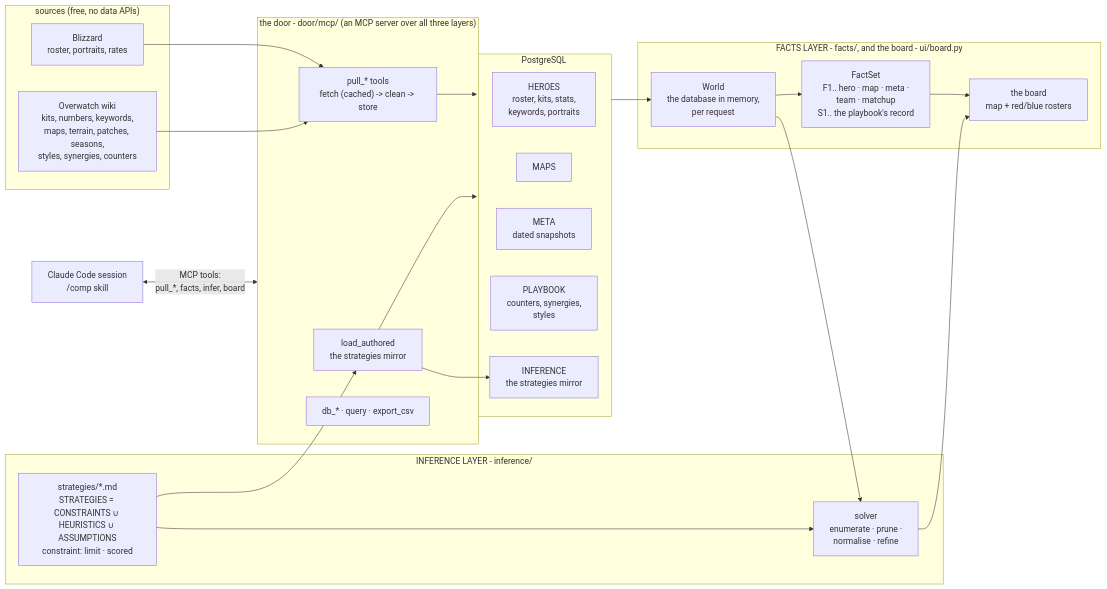
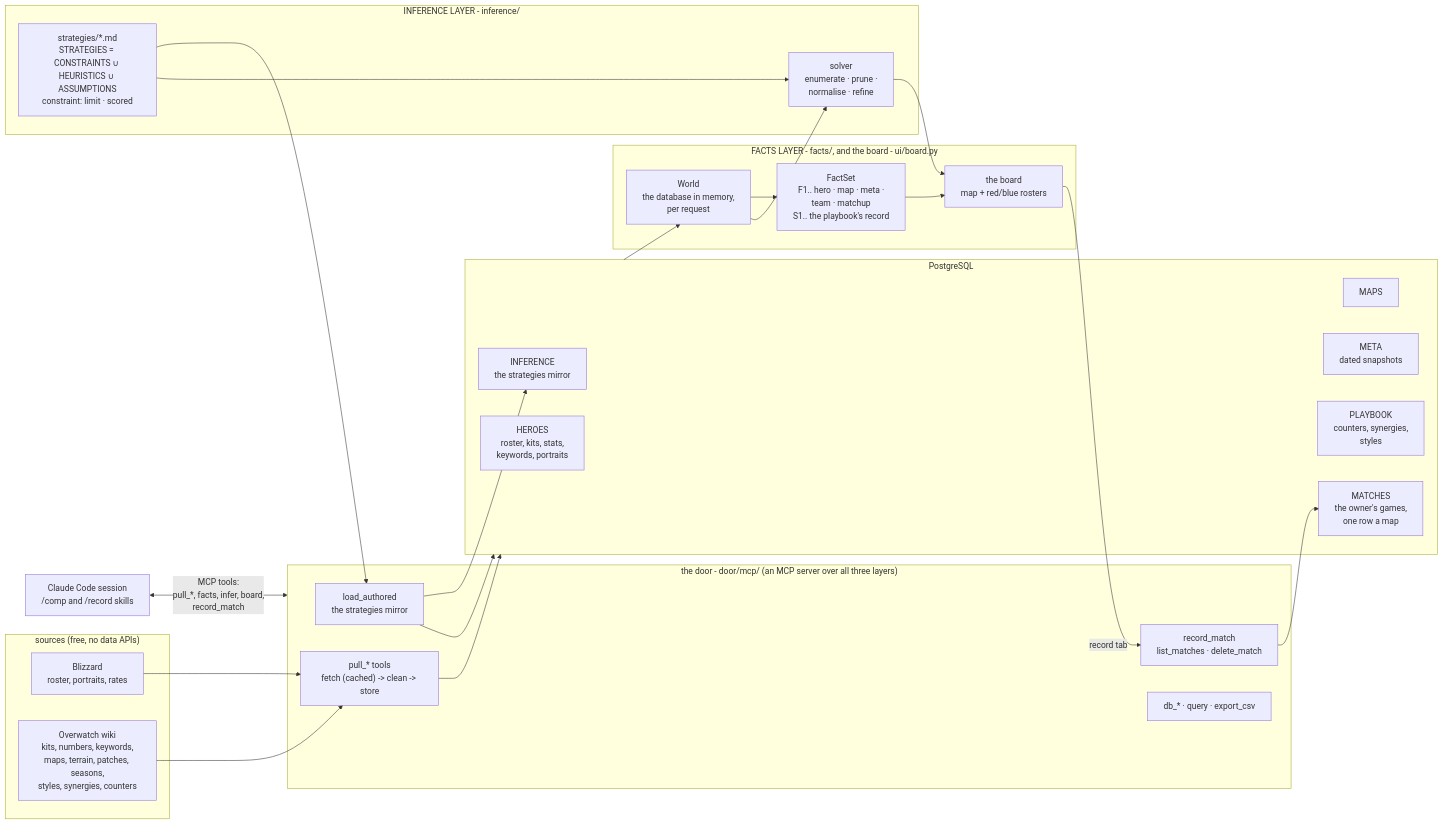
Before and after one commit to mmikol/counter-utility-matrix: the first of 2 diagrams in docs/architecture.md, drawn with Mermaid. The commit also changed other lines of this file and 7 other files, not shown here.

First line of the commit message:
Strategies and recorded matches are the two user inputs, and /record logs a map

````diff
--- a/docs/architecture.md
+++ b/docs/architecture.md
@@ -45,42 +52,46 @@
 ```mermaid
 flowchart LR
     subgraph SOURCES["sources (free, no data APIs)"]
         BLZ["Blizzard<br/>roster, portraits, rates"]
         WIKI["Overwatch wiki<br/>kits, numbers, keywords,<br/>maps, terrain, patches, seasons,<br/>styles, synergies, counters"]
     end
 
     subgraph DATA["the door - door/mcp/ (an MCP server over all three layers)"]
         PULL["pull_* tools<br/>fetch (cached) -> clean -> store"]
         PLAY["load_authored<br/>the strategies mirror"]
+        REC["record_match<br/>list_matches · delete_match"]
         DBT["db_* · query · export_csv"]
     end
 
     subgraph PG["PostgreSQL"]
         HEROES["HEROES<br/>roster, kits, stats,<br/>keywords, portraits"]
         MAPS["MAPS"]
         META["META<br/>dated snapshots"]
         PLAYBOOK["PLAYBOOK<br/>counters, synergies,<br/>styles"]
         INF["INFERENCE<br/>the strategies mirror"]
+        MATCHES["MATCHES<br/>the owner's games,<br/>one row a map"]
     end
 
     subgraph USER["FACTS LAYER - facts/, and the board - ui/board.py"]
         WORLD["World<br/>the database in memory,<br/>per request"]
         FACTS["FactSet<br/>F1.. hero · map · meta ·<br/>team · matchup<br/>S1.. the playbook's record"]
         BOARD["the board<br/>map + red/blue rosters"]
     end
 
     subgraph INFER["INFERENCE LAYER - inference/"]
         HEUR["strategies/*.md<br/>STRATEGIES = CONSTRAINTS ∪ HEURISTICS ∪ ASSUMPTIONS<br/>constraint: limit · scored"]
         SOLVER["solver<br/>enumerate · prune ·<br/>normalise · refine"]
     end
 
     BLZ & WIKI --> PULL
     HEUR --> PLAY
     PLAY --> INF
     PULL & PLAY --> PG
+    REC --> MATCHES
+    BOARD -->|"record tab"| REC
     PG --> WORLD --> FACTS --> BOARD
     WORLD --> SOLVER
     HEUR --> SOLVER
     SOLVER --> BOARD
-    CHAT["Claude Code session<br/>/comp skill"] <-->|"MCP tools:<br/>pull_*, facts, infer, board"| DATA
+    CHAT["Claude Code session<br/>/comp and /record skills"] <-->|"MCP tools:<br/>pull_*, facts, infer, board,<br/>record_match"| DATA
 ```
````
